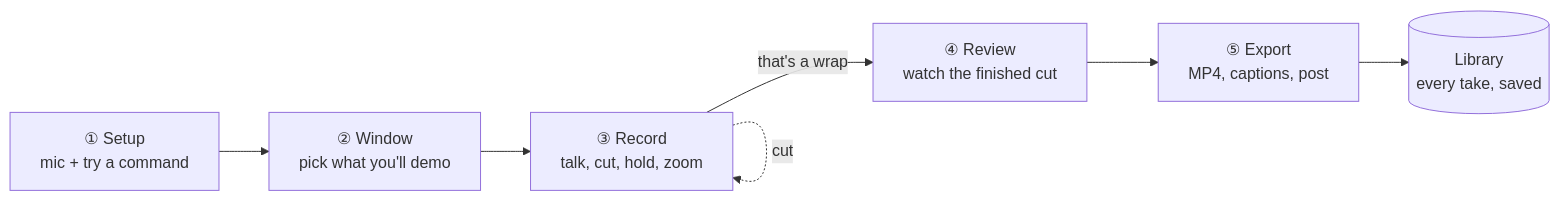
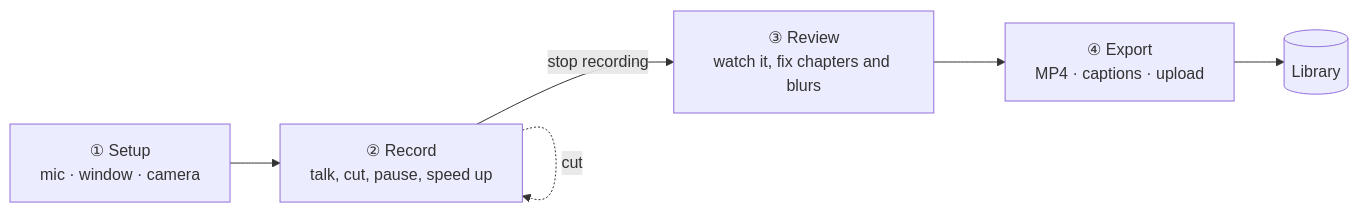
The first of 6 diagrams in README.md (ScRocXx/Take1), drawn with Mermaid before and after one commit. The commit also changed other lines of this file and 13 other files, not shown here.

````diff
--- a/README.md
+++ b/README.md
@@ -76,9 +54,8 @@
 ```mermaid
 flowchart LR
-    A["① Setup<br/>mic + try a command"] --> B["② Window<br/>pick what you'll demo"]
-    B --> C["③ Record<br/>talk, cut, hold, zoom"]
-    C -->|"that's a wrap"| D["④ Review<br/>watch the finished cut"]
-    D --> E["⑤ Export<br/>MP4, captions, post"]
-    E --> L[("Library<br/>every take, saved")]
-    C -. cut .-> C
+    A["① Setup<br/>mic · window · camera"] --> B["② Record<br/>talk, cut, pause, speed up"]
+    B -->|"stop recording"| C["③ Review<br/>watch it, fix chapters and blurs"]
+    C --> D["④ Export<br/>MP4 · captions · upload"]
+    D --> L[("Library")]
+    B -. "cut" .-> B
 ```
````
